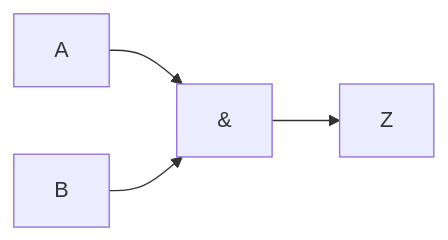
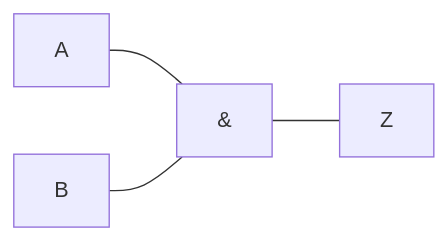
Before and after one commit to martinstanicio/ingenieria-en-sistemas: the diagram in Arquitectura de Computadoras/Compuerta AND.md, drawn with Mermaid. The commit also changed other lines of this file and 9 other files, not shown here.

````diff
--- a/Arquitectura de Computadoras/Compuerta AND.md
+++ b/Arquitectura de Computadoras/Compuerta AND.md
@@ -16,10 +16,10 @@
 ```mermaid
 flowchart LR
     A[A]
     B[B]
     AND["&"]
     Z[Z]
 
-    A & B --> AND
-    AND --> Z
+    A & B --- AND
+    AND --- Z
 ```
````
